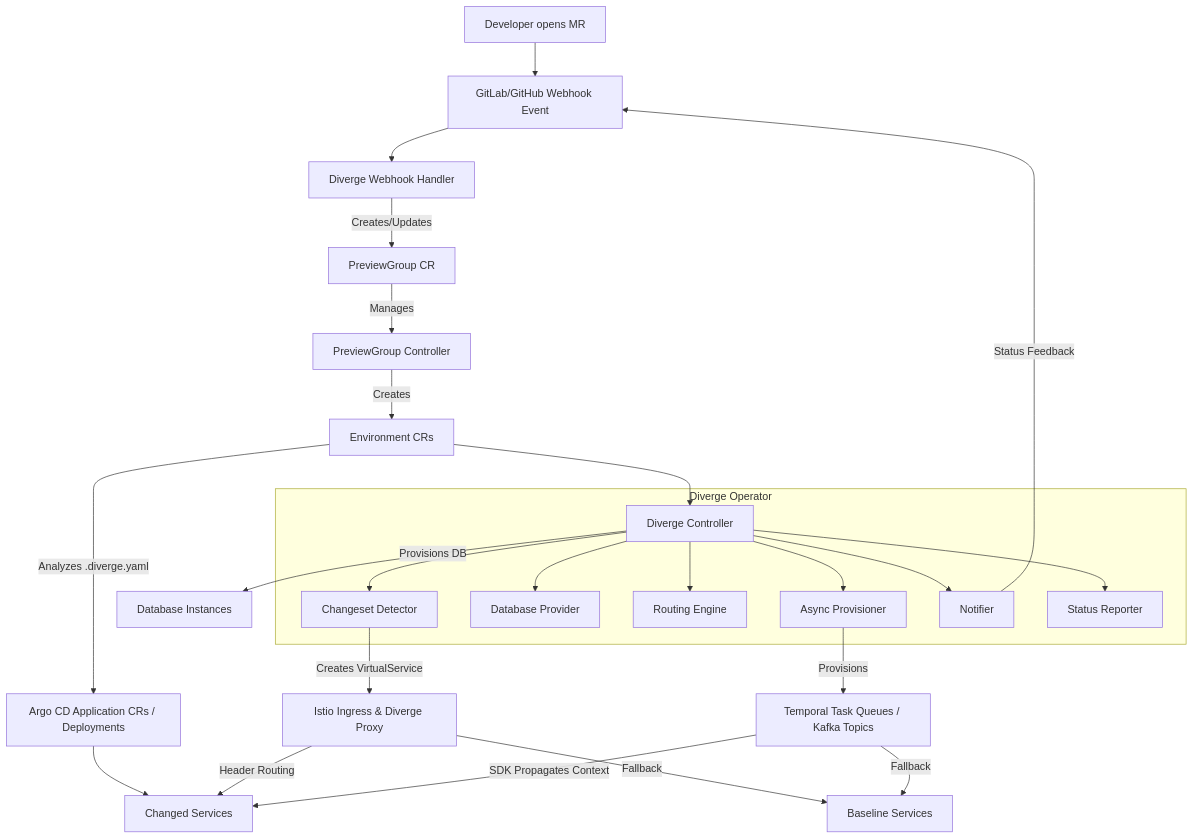
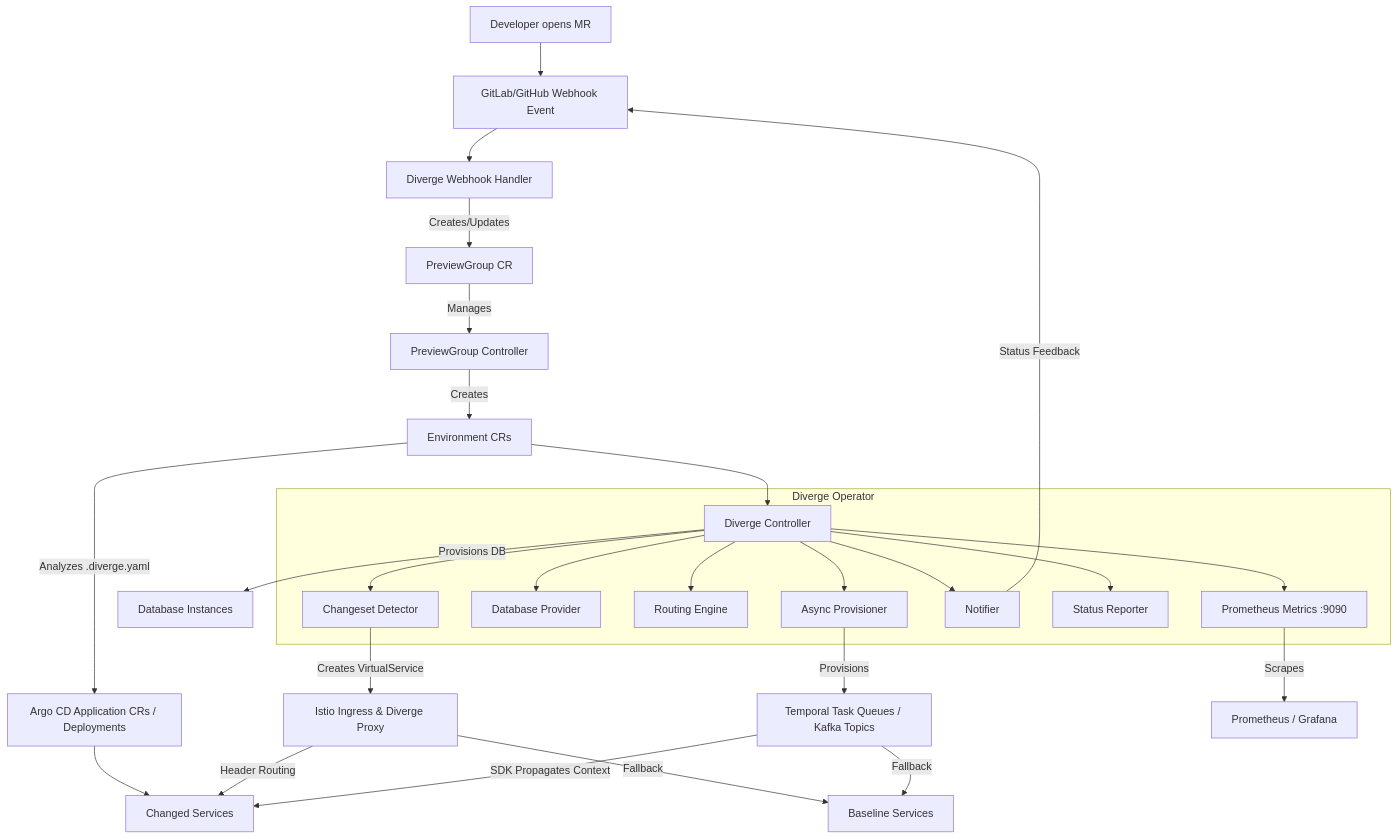
One commit to divergedev/diverge changed the diagram in docs/architecture.md. Above: the diagram before and after it, drawn with Mermaid. The commit also changed other lines of this file and 9 other files, not shown here.

````diff
--- a/docs/architecture.md
+++ b/docs/architecture.md
@@ -10,30 +10,32 @@
 ```mermaid
 flowchart TD
     A[Developer opens MR] --> B[GitLab/GitHub Webhook Event]
     B --> C[Diverge Webhook Handler]
     C -->|Creates/Updates| D[PreviewGroup CR]
     D -->|Manages| E[PreviewGroup Controller]
     E -->|Creates| F[Environment CRs]
     F --> G[Diverge Controller]
 
     subgraph Diverge Operator
         G --> H[Changeset Detector]
         G --> I[Database Provider]
         G --> J[Routing Engine]
         G --> ASYNC[Async Provisioner]
         G --> N[Notifier]
         G --> S[Status Reporter]
+        G --> METRICS[Prometheus Metrics :9090]
     end
 
     F -->|Analyzes .diverge.yaml| ARGO[Argo CD Application CRs / Deployments]
     G -->|Provisions DB| DB_INST[Database Instances]
     H -->|Creates VirtualService| K[Istio Ingress & Diverge Proxy]
     ASYNC -->|Provisions| TASK[Temporal Task Queues / Kafka Topics]
     N -->|Status Feedback| B
 
     ARGO --> L[Changed Services]
     K -->|Header Routing| L
     K -->|Fallback| M[Baseline Services]
     TASK -->|SDK Propagates Context| L
     TASK -->|Fallback| M
+    METRICS -->|Scrapes| PROM[Prometheus / Grafana]
 ```
````
